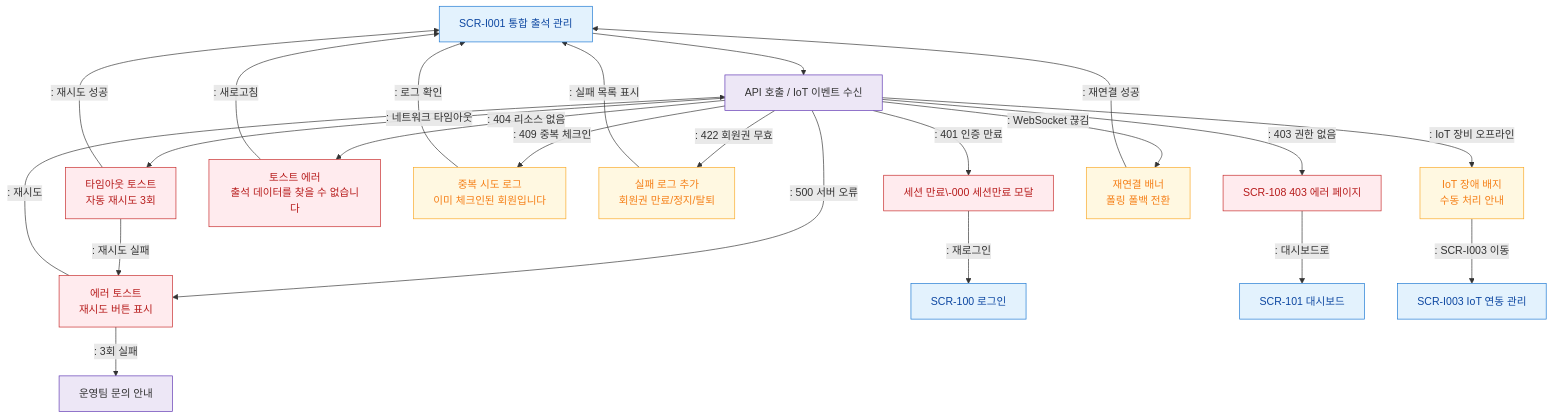
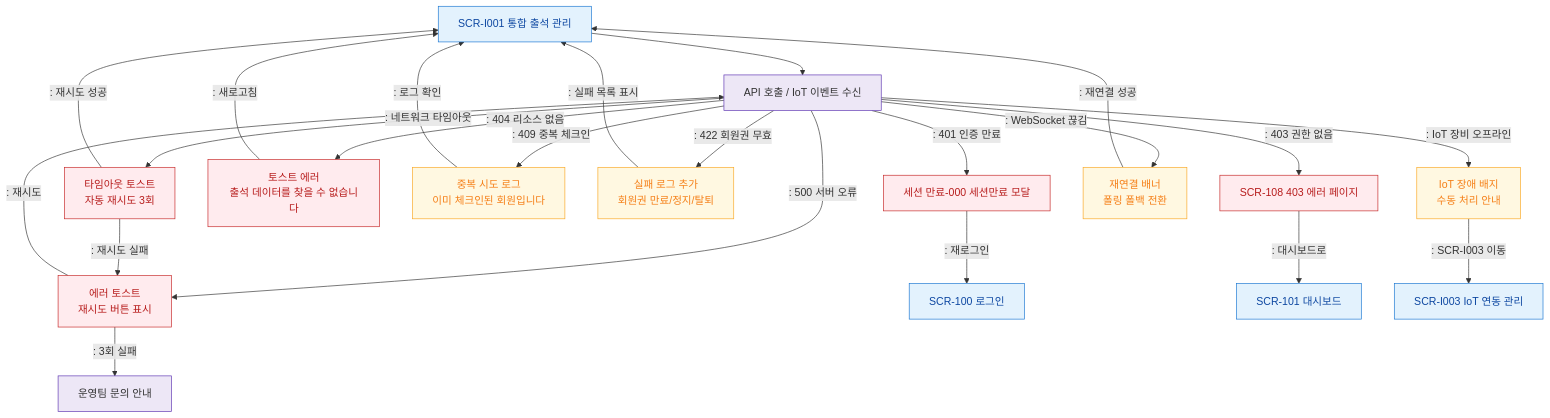
One commit to dev-spogym/admin-pando changed the diagram in docs/admin/다이어그램/D11_통합운영/SCR-I001_통합출석관리/F8_에러.md. Above: the diagram before and after it, drawn with Mermaid. The commit also changed 369 other files, not shown here.

````diff
--- a/docs/admin/다이어그램/D11_통합운영/SCR-I001_통합출석관리/F8_에러.md
+++ b/docs/admin/다이어그램/D11_통합운영/SCR-I001_통합출석관리/F8_에러.md
@@ -17,35 +17,35 @@
 ```mermaid
 flowchart TD
     SCR_I001[SCR-I001 통합 출석 관리] --> API_CALL[API 호출 / IoT 이벤트 수신]
 
-    API_CALL -->|": 401 인증 만료"|ERR_401[세션 만료\-000 세션만료 모달]
+    API_CALL -->|": 401 인증 만료"|ERR_401[세션 만료-000 세션만료 모달]
     API_CALL -->|": 403 권한 없음"|ERR_403[SCR-108 403 에러 페이지]
     API_CALL -->|": 404 리소스 없음"|ERR_404[토스트 에러\n출석 데이터를 찾을 수 없습니다]
     API_CALL -->|": 409 중복 체크인"|ERR_409[중복 시도 로그\n이미 체크인된 회원입니다]
     API_CALL -->|": 422 회원권 무효"|ERR_422[실패 로그 추가\n회원권 만료/정지/탈퇴]
     API_CALL -->|": 500 서버 오류"|ERR_500[에러 토스트\n재시도 버튼 표시]
     API_CALL -->|": 네트워크 타임아웃"|ERR_TIMEOUT[타임아웃 토스트\n자동 재시도 3회]
     API_CALL -->|": IoT 장비 오프라인"|ERR_IOT[IoT 장애 배지\n수동 처리 안내]
     API_CALL -->|": WebSocket 끊김"|ERR_WS[재연결 배너\n폴링 폴백 전환]
 
     ERR_401 -->|": 재로그인"|LOGIN[SCR-100 로그인]
     ERR_403 -->|": 대시보드로"|DASH[SCR-101 대시보드]
     ERR_404 -->|": 새로고침"|SCR_I001
     ERR_409 -->|": 로그 확인"|SCR_I001
     ERR_422 -->|": 실패 목록 표시"|SCR_I001
     ERR_500 -->|": 재시도"|API_CALL
     ERR_500 -->|": 3회 실패"|SUPPORT[운영팀 문의 안내]
     ERR_TIMEOUT -->|": 재시도 성공"|SCR_I001
     ERR_TIMEOUT -->|": 재시도 실패"|ERR_500
     ERR_IOT -->|": SCR-I003 이동"|SCR_I003[SCR-I003 IoT 연동 관리]
     ERR_WS -->|": 재연결 성공"|SCR_I001
 
     classDef screen fill:#E3F2FD,stroke:#1976D2,color:#0D47A1
     classDef error fill:#FFEBEE,stroke:#C62828,color:#B71C1C
     classDef warning fill:#FFF8E1,stroke:#F9A825,color:#F57F17
     classDef system fill:#EDE7F6,stroke:#5E35B2
     class SCR_I001,LOGIN,DASH,SCR_I003 screen
     class ERR_401,ERR_403,ERR_404,ERR_500,ERR_TIMEOUT error
     class ERR_409,ERR_422,ERR_IOT,ERR_WS warning
     class API_CALL,SUPPORT system
 ```
````
